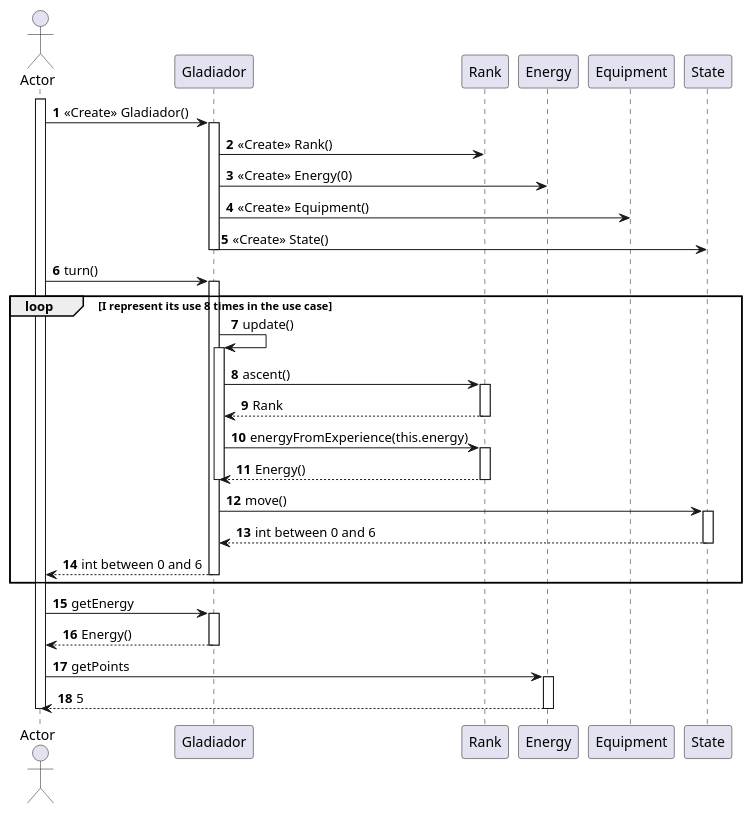
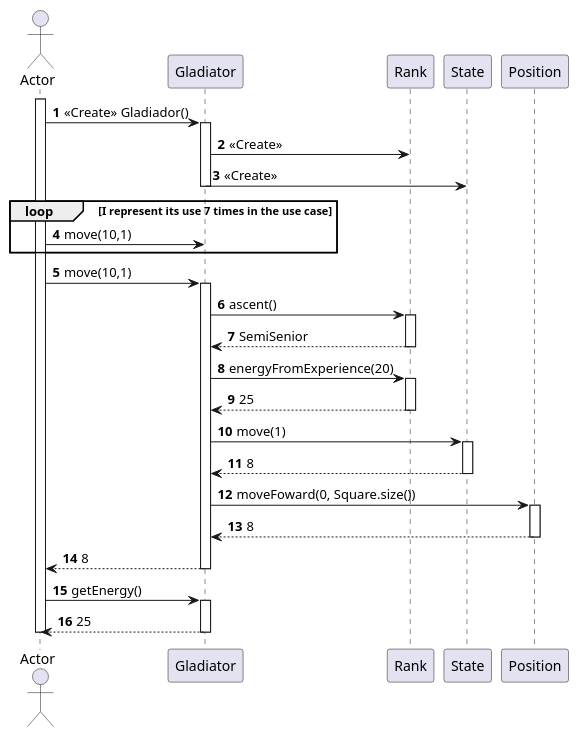
Before and after one commit to PabloGCH/tp2-algo3: the diagram in diagrams/sequences/useCase08.plantuml, drawn with PlantUML. The commit also changed 95 other files, not shown here.

```diff
--- a/diagrams/sequences/useCase08.plantuml
+++ b/diagrams/sequences/useCase08.plantuml
@@ -1,54 +1,48 @@
 @startuml
 
 autonumber
 
 actor Actor
 
 activate Actor
 
-Actor -> Gladiador : <<Create>> Gladiador()
-activate Gladiador
-    Gladiador -> Rank :  <<Create>> Rank() 
-    Gladiador -> Energy : <<Create>> Energy(0)
-    Gladiador -> Equipment : <<Create>> Equipment()
-    Gladiador -> State : <<Create>> State()
-deactivate Gladiador
+Actor -> Gladiator : <<Create>> Gladiador()
+activate Gladiator
+    Gladiator -> Rank :  <<Create>> 
+    Gladiator -> State : <<Create>> 
+deactivate Gladiator
 
-Actor -> Gladiador : turn()
-loop I represent its use 8 times in the use case
-activate Gladiador
-    Gladiador -> Gladiador : update()
-    activate Gladiador
-
-        Gladiador -> Rank : ascent()
-        activate Rank
-            Rank --> Gladiador : Rank
-        deactivate Rank
-
-        Gladiador -> Rank : energyFromExperience(this.energy)
-        activate Rank
-            Rank --> Gladiador : Energy()
-        deactivate Rank
-    
-    deactivate Gladiador
-    Gladiador -> State : move()
-    activate State
-    State --> Gladiador: int between 0 and 6
-    deactivate State
-    Gladiador --> Actor : int between 0 and 6
-deactivate Gladiador
+loop I represent its use 7 times in the use case
+Actor -> Gladiator : move(10,1)
 end loop
 
-Actor -> Gladiador : getEnergy
-activate Gladiador
-Gladiador --> Actor : Energy()
-deactivate Gladiador
+Actor -> Gladiator : move(10,1)
+activate Gladiator
+    Gladiator -> Rank: ascent()
+    activate Rank
+        Rank --> Gladiator: SemiSenior
+    deactivate Rank
 
-Actor -> Energy : getPoints
-activate Energy
-Energy --> Actor : 5
-deactivate Energy
+    Gladiator -> Rank: energyFromExperience(20)
+    activate Rank
+        Rank --> Gladiator: 25
+    deactivate Rank
 
+    Gladiator -> State: move(1)
+    activate State
+        State --> Gladiator: 8
+    deactivate State
+    Gladiator -> Position: moveFoward(0, Square.size())
+    activate Position
+        Position --> Gladiator: 8
+    deactivate Position
+    Gladiator --> Actor: 8
+deactivate Gladiator
+
+Actor -> Gladiator: getEnergy()
+activate Gladiator
+    Gladiator --> Actor: 25
+deactivate Gladiator
 deactivate Actor
 
 @enduml
```
